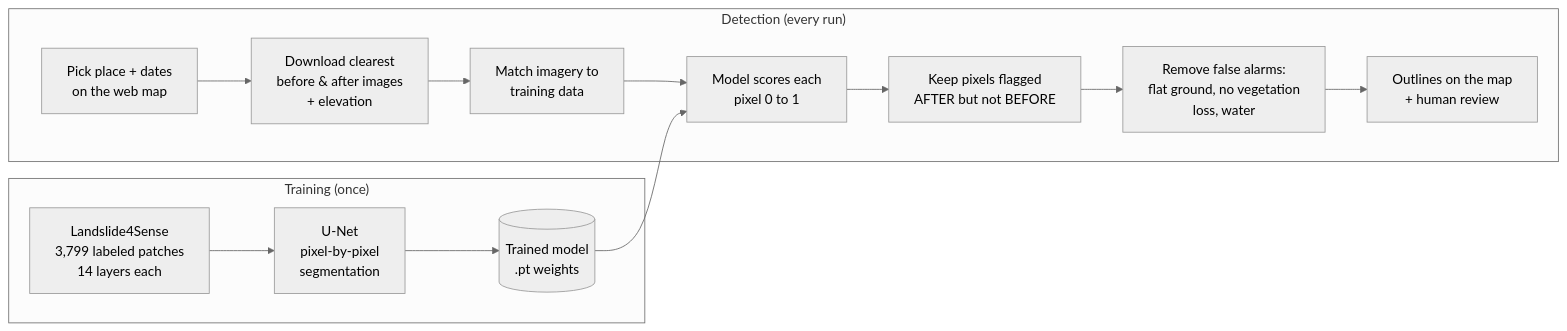
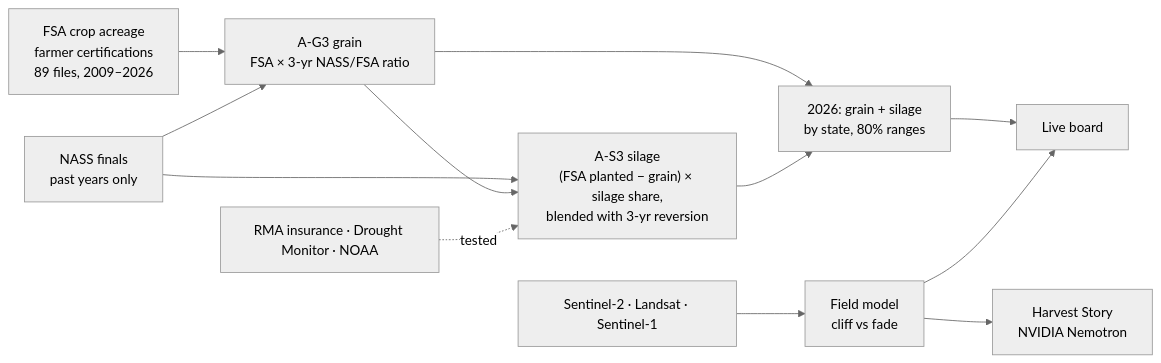
One commit to rakd23/nepal-landslide-detector changed the diagram in README.md. Above: the diagram before and after it, drawn with Mermaid (neutral theme). The commit also changed other lines of this file, not shown here.

Commit message:
Add live demo link

````diff
--- a/README.md
+++ b/README.md
@@ -16,16 +57,14 @@
 ```mermaid
 flowchart LR
-    subgraph Training ["Training (once)"]
-        A[Landslide4Sense<br/>3,799 labeled patches<br/>14 layers each] --> B[U-Net<br/>pixel-by-pixel<br/>segmentation]
-        B --> C[(Trained model<br/>.pt weights)]
-    end
-    subgraph Detection ["Detection (every run)"]
-        D[Pick place + dates<br/>on the web map] --> E[Download clearest<br/>before & after images<br/>+ elevation]
-        E --> F[Match imagery to<br/>training data]
-        F --> G[Model scores each<br/>pixel 0 to 1]
-        C --> G
-        G --> H[Keep pixels flagged<br/>AFTER but not BEFORE]
-        H --> I[Remove false alarms:<br/>flat ground, no vegetation<br/>loss, water]
-        I --> J[Outlines on the map<br/>+ human review]
-    end
+  FSA["FSA crop acreage<br/>farmer certifications<br/>89 files, 2009–2026"] --> G["A-G3 grain<br/>FSA × 3-yr NASS/FSA ratio"]
+  HIST["NASS finals<br/>past years only"] --> G
+  HIST --> S
+  G --> S["A-S3 silage<br/>(FSA planted − grain) × silage share,<br/>blended with 3-yr reversion"]
+  RMA["RMA insurance · Drought Monitor · NOAA"] -.tested.-> S
+  G --> OUT["2026: grain + silage<br/>by state, 80% ranges"]
+  S --> OUT
+  S2["Sentinel-2 · Landsat · Sentinel-1"] --> F["Field model<br/>cliff vs fade"]
+  F --> STORY["Harvest Story<br/>NVIDIA Nemotron"]
+  OUT --> BOARD["Live board"]
+  F --> BOARD
 ```
````
